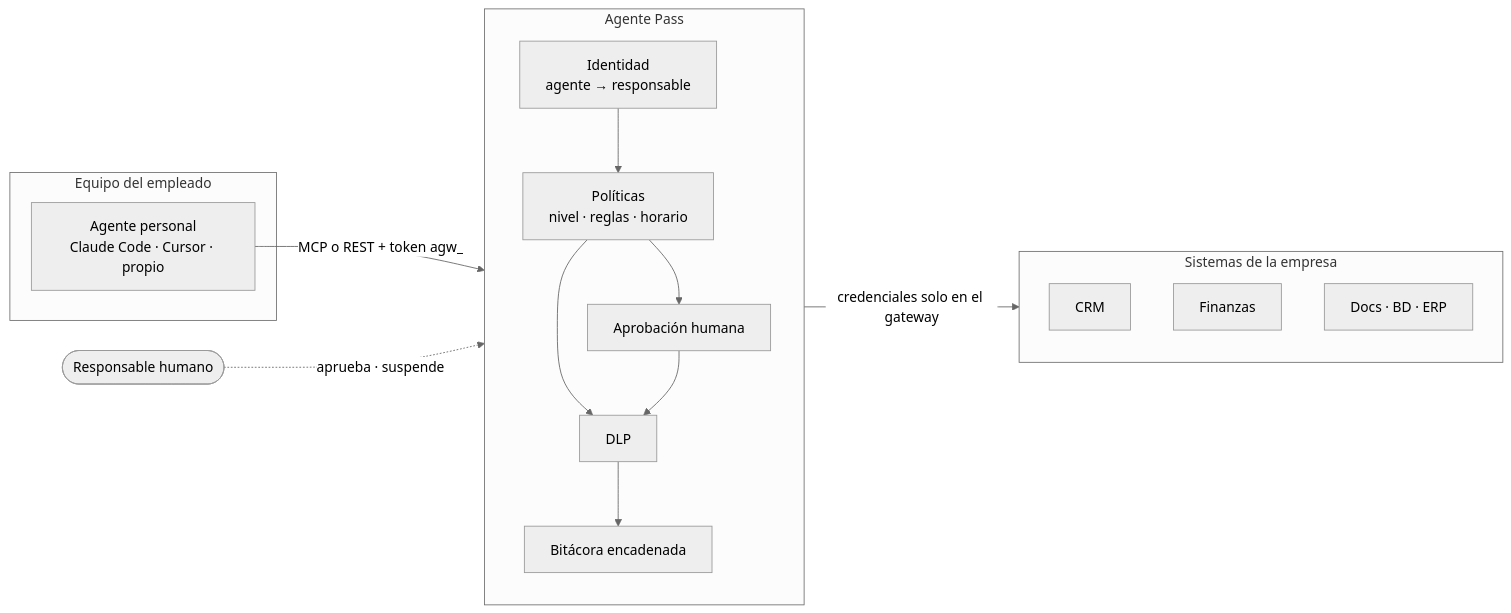
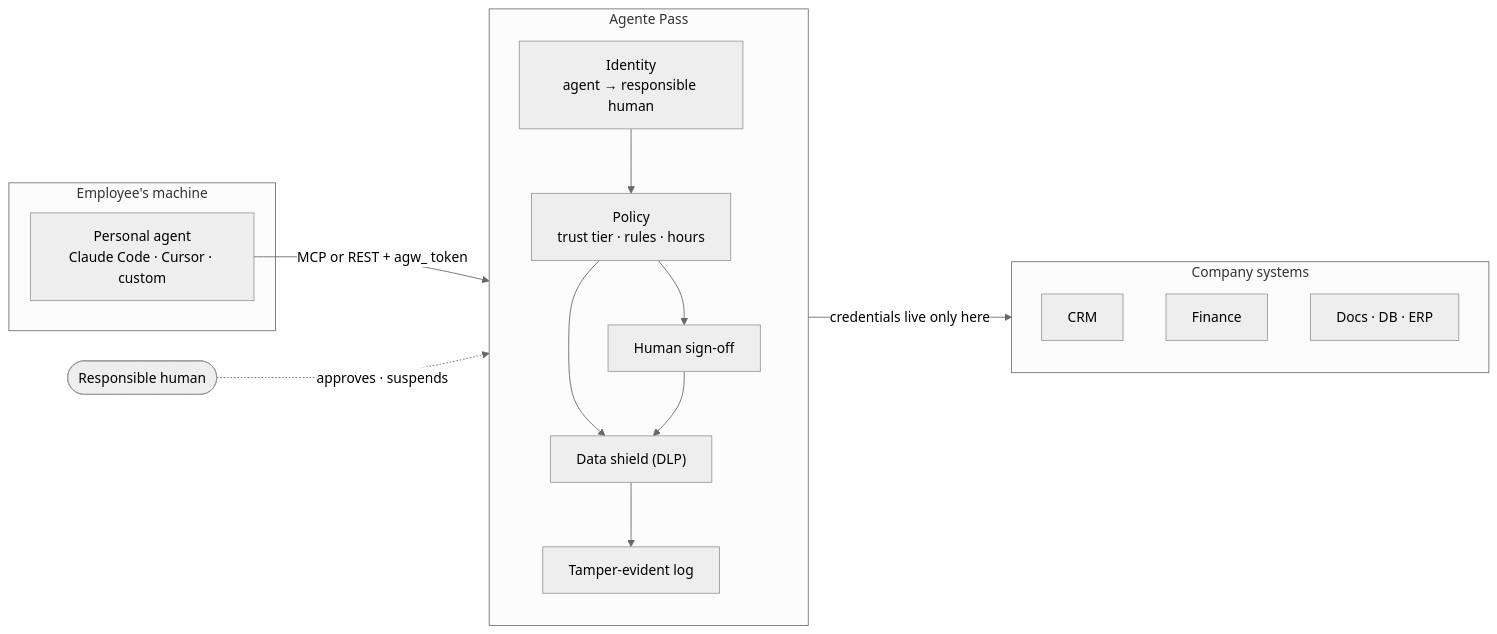
Before and after one commit to nachodev10/agent-gateway: the diagram in README.md, drawn with Mermaid (neutral theme). The commit also changed other lines of this file and 14 other files, not shown here.

````diff
--- a/README.md
+++ b/README.md
@@ -13,22 +54,22 @@
 ```mermaid
 flowchart LR
-  subgraph EMP["Equipo del empleado"]
-    A["Agente personal<br/>Claude Code · Cursor · propio"]
+  subgraph EMP["Employee's machine"]
+    A["Personal agent<br/>Claude Code · Cursor · custom"]
   end
   subgraph GW["Agente Pass"]
     direction TB
-    I["Identidad<br/>agente → responsable"] --> P["Políticas<br/>nivel · reglas · horario"]
-    P --> H["Aprobación humana"]
-    P --> D["DLP"]
+    I["Identity<br/>agent → responsible human"] --> P["Policy<br/>trust tier · rules · hours"]
+    P --> H["Human sign-off"]
+    P --> D["Data shield (DLP)"]
     H --> D
-    D --> L["Bitácora encadenada"]
+    D --> L["Tamper-evident log"]
   end
-  subgraph SIS["Sistemas de la empresa"]
+  subgraph SYS["Company systems"]
     C1["CRM"]
-    C2["Finanzas"]
-    C3["Docs · BD · ERP"]
+    C2["Finance"]
+    C3["Docs · DB · ERP"]
   end
-  A -- "MCP o REST + token agw_" --> I
-  D -- "credenciales solo en el gateway" --> SIS
-  R(["Responsable humano"]) -. "aprueba · suspende" .-> H
+  A -- "MCP or REST + agw_ token" --> I
+  D -- "credentials live only here" --> SYS
+  R(["Responsible human"]) -. "approves · suspends" .-> H
 ```
````
